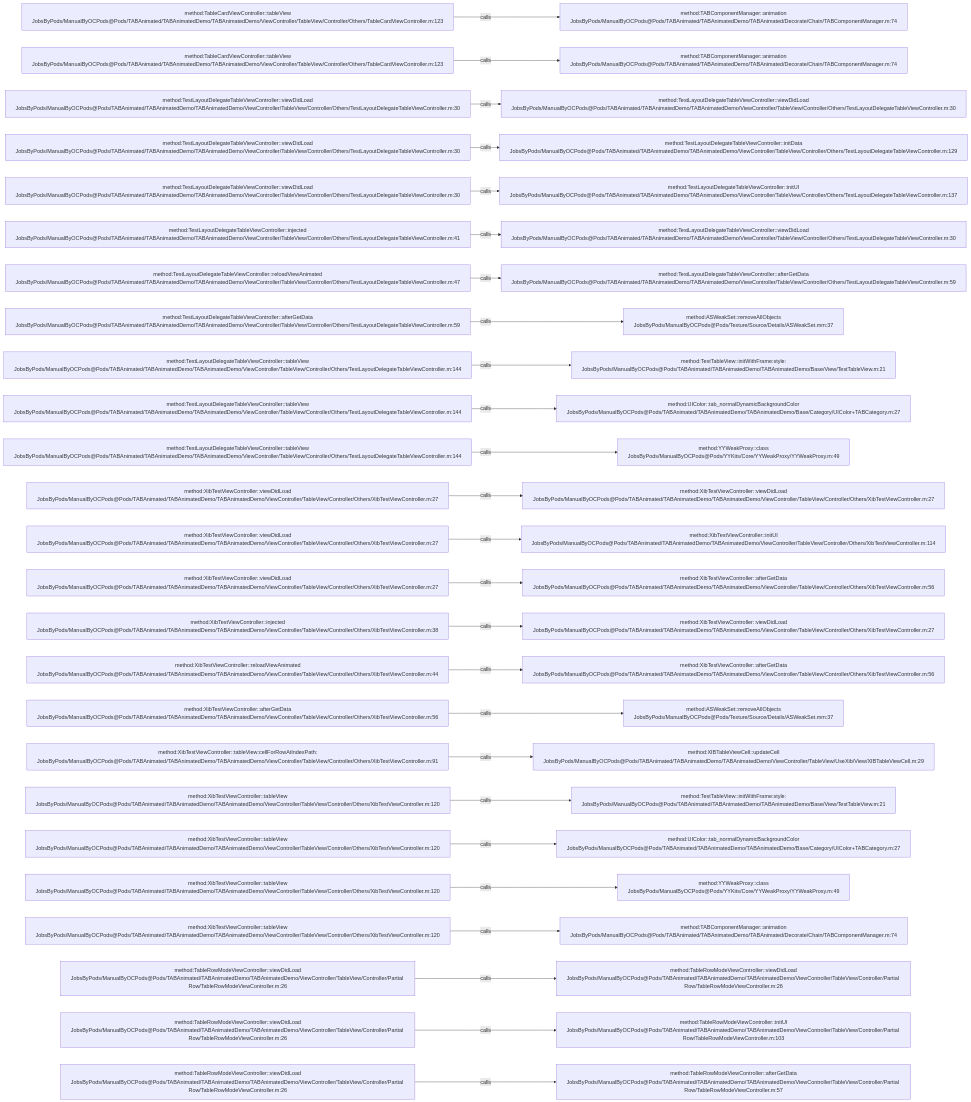
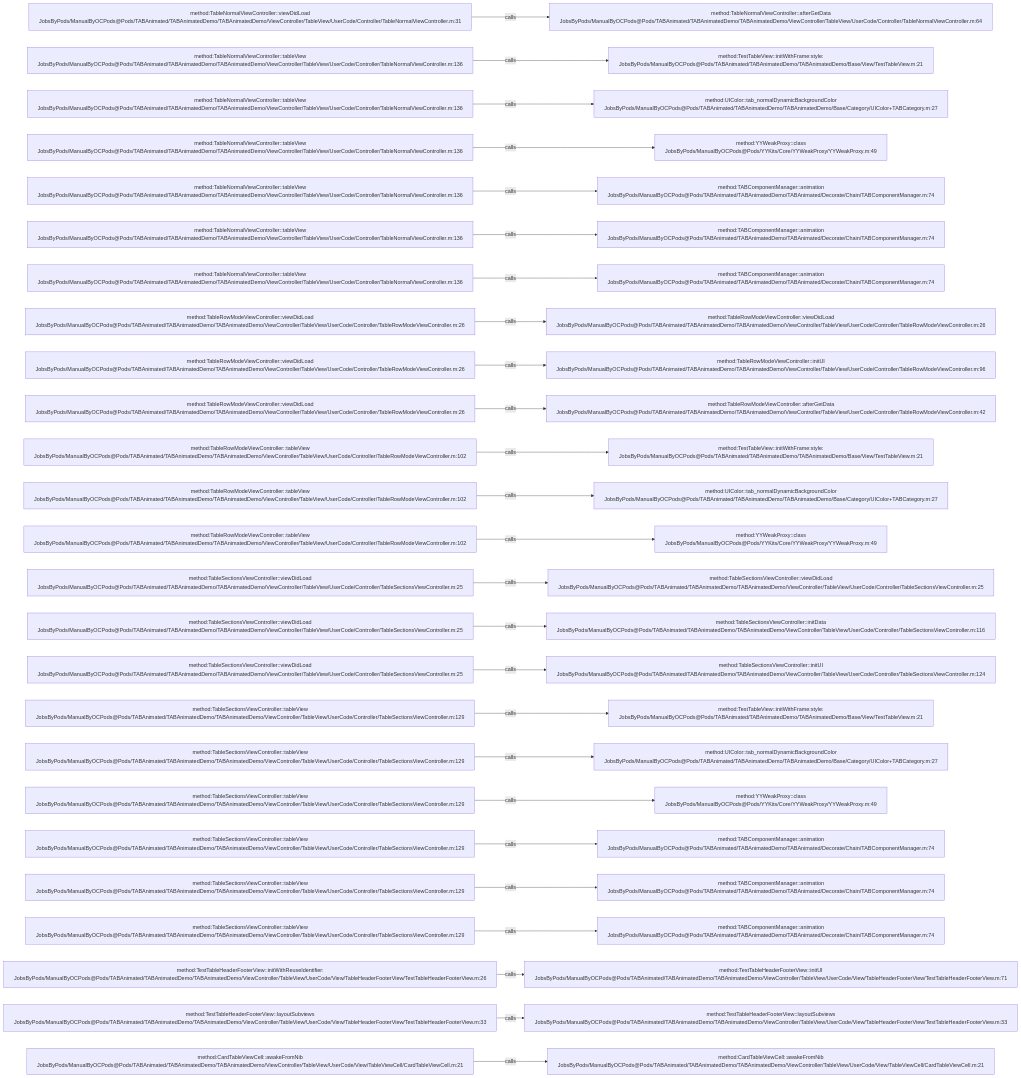
The diagram in .codegraph/codegraph.md/graphs/calls-067.md (JobsKits/JobsOCBaseConfigDemo), drawn with Mermaid before and after one commit. The commit also changed 1223 other files, not shown here.

````diff
--- a/.codegraph/codegraph.md/graphs/calls-067.md
+++ b/.codegraph/codegraph.md/graphs/calls-067.md
@@ -13,78 +13,78 @@
 ```mermaid
 flowchart LR
-  S1["method:TableCardViewController::tableView<br/>JobsByPods/ManualByOCPods@Pods/TABAnimated/TABAnimatedDemo/TABAnimatedDemo/ViewController/TableView/Controller/Others/TableCardViewController.m:123"]
-  T1["method:TABComponentManager::animation<br/>JobsByPods/ManualByOCPods@Pods/TABAnimated/TABAnimatedDemo/TABAnimated/Decorate/Chain/TABComponentManager.m:74"]
+  S1["method:TableNormalViewController::viewDidLoad<br/>JobsByPods/ManualByOCPods@Pods/TABAnimated/TABAnimatedDemo/TABAnimatedDemo/ViewController/TableView/UserCode/Controller/TableNormalViewController.m:31"]
+  T1["method:TableNormalViewController::afterGetData<br/>JobsByPods/ManualByOCPods@Pods/TABAnimated/TABAnimatedDemo/TABAnimatedDemo/ViewController/TableView/UserCode/Controller/TableNormalViewController.m:64"]
   S1 -->|calls| T1
-  S2["method:TableCardViewController::tableView<br/>JobsByPods/ManualByOCPods@Pods/TABAnimated/TABAnimatedDemo/TABAnimatedDemo/ViewController/TableView/Controller/Others/TableCardViewController.m:123"]
-  T2["method:TABComponentManager::animation<br/>JobsByPods/ManualByOCPods@Pods/TABAnimated/TABAnimatedDemo/TABAnimated/Decorate/Chain/TABComponentManager.m:74"]
+  S2["method:TableNormalViewController::tableView<br/>JobsByPods/ManualByOCPods@Pods/TABAnimated/TABAnimatedDemo/TABAnimatedDemo/ViewController/TableView/UserCode/Controller/TableNormalViewController.m:136"]
+  T2["method:TestTableView::initWithFrame:style:<br/>JobsByPods/ManualByOCPods@Pods/TABAnimated/TABAnimatedDemo/TABAnimatedDemo/Base/View/TestTableView.m:21"]
   S2 -->|calls| T2
-  S3["method:TestLayoutDelegateTableViewController::viewDidLoad<br/>JobsByPods/ManualByOCPods@Pods/TABAnimated/TABAnimatedDemo/TABAnimatedDemo/ViewController/TableView/Controller/Others/TestLayoutDelegateTableViewController.m:30"]
-  T3["method:TestLayoutDelegateTableViewController::viewDidLoad<br/>JobsByPods/ManualByOCPods@Pods/TABAnimated/TABAnimatedDemo/TABAnimatedDemo/ViewController/TableView/Controller/Others/TestLayoutDelegateTableViewController.m:30"]
+  S3["method:TableNormalViewController::tableView<br/>JobsByPods/ManualByOCPods@Pods/TABAnimated/TABAnimatedDemo/TABAnimatedDemo/ViewController/TableView/UserCode/Controller/TableNormalViewController.m:136"]
+  T3["method:UIColor::tab_normalDynamicBackgroundColor<br/>JobsByPods/ManualByOCPods@Pods/TABAnimated/TABAnimatedDemo/TABAnimatedDemo/Base/Category/UIColor+TABCategory.m:27"]
   S3 -->|calls| T3
-  S4["method:TestLayoutDelegateTableViewController::viewDidLoad<br/>JobsByPods/ManualByOCPods@Pods/TABAnimated/TABAnimatedDemo/TABAnimatedDemo/ViewController/TableView/Controller/Others/TestLayoutDelegateTableViewController.m:30"]
-  T4["method:TestLayoutDelegateTableViewController::initData<br/>JobsByPods/ManualByOCPods@Pods/TABAnimated/TABAnimatedDemo/TABAnimatedDemo/ViewController/TableView/Controller/Others/TestLayoutDelegateTableViewController.m:129"]
+  S4["method:TableNormalViewController::tableView<br/>JobsByPods/ManualByOCPods@Pods/TABAnimated/TABAnimatedDemo/TABAnimatedDemo/ViewController/TableView/UserCode/Controller/TableNormalViewController.m:136"]
+  T4["method:YYWeakProxy::class<br/>JobsByPods/ManualByOCPods@Pods/YYKits/Core/YYWeakProxy/YYWeakProxy.m:49"]
   S4 -->|calls| T4
-  S5["method:TestLayoutDelegateTableViewController::viewDidLoad<br/>JobsByPods/ManualByOCPods@Pods/TABAnimated/TABAnimatedDemo/TABAnimatedDemo/ViewController/TableView/Controller/Others/TestLayoutDelegateTableViewController.m:30"]
-  T5["method:TestLayoutDelegateTableViewController::initUI<br/>JobsByPods/ManualByOCPods@Pods/TABAnimated/TABAnimatedDemo/TABAnimatedDemo/ViewController/TableView/Controller/Others/TestLayoutDelegateTableViewController.m:137"]
+  S5["method:TableNormalViewController::tableView<br/>JobsByPods/ManualByOCPods@Pods/TABAnimated/TABAnimatedDemo/TABAnimatedDemo/ViewController/TableView/UserCode/Controller/TableNormalViewController.m:136"]
+  T5["method:TABComponentManager::animation<br/>JobsByPods/ManualByOCPods@Pods/TABAnimated/TABAnimatedDemo/TABAnimated/Decorate/Chain/TABComponentManager.m:74"]
   S5 -->|calls| T5
-  S6["method:TestLayoutDelegateTableViewController::injected<br/>JobsByPods/ManualByOCPods@Pods/TABAnimated/TABAnimatedDemo/TABAnimatedDemo/ViewController/TableView/Controller/Others/TestLayoutDelegateTableViewController.m:41"]
-  T6["method:TestLayoutDelegateTableViewController::viewDidLoad<br/>JobsByPods/ManualByOCPods@Pods/TABAnimated/TABAnimatedDemo/TABAnimatedDemo/ViewController/TableView/Controller/Others/TestLayoutDelegateTableViewController.m:30"]
+  S6["method:TableNormalViewController::tableView<br/>JobsByPods/ManualByOCPods@Pods/TABAnimated/TABAnimatedDemo/TABAnimatedDemo/ViewController/TableView/UserCode/Controller/TableNormalViewController.m:136"]
+  T6["method:TABComponentManager::animation<br/>JobsByPods/ManualByOCPods@Pods/TABAnimated/TABAnimatedDemo/TABAnimated/Decorate/Chain/TABComponentManager.m:74"]
   S6 -->|calls| T6
-  S7["method:TestLayoutDelegateTableViewController::reloadViewAnimated<br/>JobsByPods/ManualByOCPods@Pods/TABAnimated/TABAnimatedDemo/TABAnimatedDemo/ViewController/TableView/Controller/Others/TestLayoutDelegateTableViewController.m:47"]
-  T7["method:TestLayoutDelegateTableViewController::afterGetData<br/>JobsByPods/ManualByOCPods@Pods/TABAnimated/TABAnimatedDemo/TABAnimatedDemo/ViewController/TableView/Controller/Others/TestLayoutDelegateTableViewController.m:59"]
+  S7["method:TableNormalViewController::tableView<br/>JobsByPods/ManualByOCPods@Pods/TABAnimated/TABAnimatedDemo/TABAnimatedDemo/ViewController/TableView/UserCode/Controller/TableNormalViewController.m:136"]
+  T7["method:TABComponentManager::animation<br/>JobsByPods/ManualByOCPods@Pods/TABAnimated/TABAnimatedDemo/TABAnimated/Decorate/Chain/TABComponentManager.m:74"]
   S7 -->|calls| T7
-  S8["method:TestLayoutDelegateTableViewController::afterGetData<br/>JobsByPods/ManualByOCPods@Pods/TABAnimated/TABAnimatedDemo/TABAnimatedDemo/ViewController/TableView/Controller/Others/TestLayoutDelegateTableViewController.m:59"]
-  T8["method:ASWeakSet::removeAllObjects<br/>JobsByPods/ManualByOCPods@Pods/Texture/Source/Details/ASWeakSet.mm:37"]
+  S8["method:TableRowModeViewController::viewDidLoad<br/>JobsByPods/ManualByOCPods@Pods/TABAnimated/TABAnimatedDemo/TABAnimatedDemo/ViewController/TableView/UserCode/Controller/TableRowModeViewController.m:26"]
+  T8["method:TableRowModeViewController::viewDidLoad<br/>JobsByPods/ManualByOCPods@Pods/TABAnimated/TABAnimatedDemo/TABAnimatedDemo/ViewController/TableView/UserCode/Controller/TableRowModeViewController.m:26"]
   S8 -->|calls| T8
-  S9["method:TestLayoutDelegateTableViewController::tableView<br/>JobsByPods/ManualByOCPods@Pods/TABAnimated/TABAnimatedDemo/TABAnimatedDemo/ViewController/TableView/Controller/Others/TestLayoutDelegateTableViewController.m:144"]
-  T9["method:TestTableView::initWithFrame:style:<br/>JobsByPods/ManualByOCPods@Pods/TABAnimated/TABAnimatedDemo/TABAnimatedDemo/Base/View/TestTableView.m:21"]
+  S9["method:TableRowModeViewController::viewDidLoad<br/>JobsByPods/ManualByOCPods@Pods/TABAnimated/TABAnimatedDemo/TABAnimatedDemo/ViewController/TableView/UserCode/Controller/TableRowModeViewController.m:26"]
+  T9["method:TableRowModeViewController::initUI<br/>JobsByPods/ManualByOCPods@Pods/TABAnimated/TABAnimatedDemo/TABAnimatedDemo/ViewController/TableView/UserCode/Controller/TableRowModeViewController.m:96"]
   S9 -->|calls| T9
-  S10["method:TestLayoutDelegateTableViewController::tableView<br/>JobsByPods/ManualByOCPods@Pods/TABAnimated/TABAnimatedDemo/TABAnimatedDemo/ViewController/TableView/Controller/Others/TestLayoutDelegateTableViewController.m:144"]
-  T10["method:UIColor::tab_normalDynamicBackgroundColor<br/>JobsByPods/ManualByOCPods@Pods/TABAnimated/TABAnimatedDemo/TABAnimatedDemo/Base/Category/UIColor+TABCategory.m:27"]
+  S10["method:TableRowModeViewController::viewDidLoad<br/>JobsByPods/ManualByOCPods@Pods/TABAnimated/TABAnimatedDemo/TABAnimatedDemo/ViewController/TableView/UserCode/Controller/TableRowModeViewController.m:26"]
+  T10["method:TableRowModeViewController::afterGetData<br/>JobsByPods/ManualByOCPods@Pods/TABAnimated/TABAnimatedDemo/TABAnimatedDemo/ViewController/TableView/UserCode/Controller/TableRowModeViewController.m:42"]
   S10 -->|calls| T10
-  S11["method:TestLayoutDelegateTableViewController::tableView<br/>JobsByPods/ManualByOCPods@Pods/TABAnimated/TABAnimatedDemo/TABAnimatedDemo/ViewController/TableView/Controller/Others/TestLayoutDelegateTableViewController.m:144"]
-  T11["method:YYWeakProxy::class<br/>JobsByPods/ManualByOCPods@Pods/YYKits/Core/YYWeakProxy/YYWeakProxy.m:49"]
+  S11["method:TableRowModeViewController::tableView<br/>JobsByPods/ManualByOCPods@Pods/TABAnimated/TABAnimatedDemo/TABAnimatedDemo/ViewController/TableView/UserCode/Controller/TableRowModeViewController.m:102"]
+  T11["method:TestTableView::initWithFrame:style:<br/>JobsByPods/ManualByOCPods@Pods/TABAnimated/TABAnimatedDemo/TABAnimatedDemo/Base/View/TestTableView.m:21"]
   S11 -->|calls| T11
-  S12["method:XibTestViewController::viewDidLoad<br/>JobsByPods/ManualByOCPods@Pods/TABAnimated/TABAnimatedDemo/TABAnimatedDemo/ViewController/TableView/Controller/Others/XibTestViewController.m:27"]
-  T12["method:XibTestViewController::viewDidLoad<br/>JobsByPods/ManualByOCPods@Pods/TABAnimated/TABAnimatedDemo/TABAnimatedDemo/ViewController/TableView/Controller/Others/XibTestViewController.m:27"]
+  S12["method:TableRowModeViewController::tableView<br/>JobsByPods/ManualByOCPods@Pods/TABAnimated/TABAnimatedDemo/TABAnimatedDemo/ViewController/TableView/UserCode/Controller/TableRowModeViewController.m:102"]
+  T12["method:UIColor::tab_normalDynamicBackgroundColor<br/>JobsByPods/ManualByOCPods@Pods/TABAnimated/TABAnimatedDemo/TABAnimatedDemo/Base/Category/UIColor+TABCategory.m:27"]
   S12 -->|calls| T12
-  S13["method:XibTestViewController::viewDidLoad<br/>JobsByPods/ManualByOCPods@Pods/TABAnimated/TABAnimatedDemo/TABAnimatedDemo/ViewController/TableView/Controller/Others/XibTestViewController.m:27"]
-  T13["method:XibTestViewController::initUI<br/>JobsByPods/ManualByOCPods@Pods/TABAnimated/TABAnimatedDemo/TABAnimatedDemo/ViewController/TableView/Controller/Others/XibTestViewController.m:114"]
+  S13["method:TableRowModeViewController::tableView<br/>JobsByPods/ManualByOCPods@Pods/TABAnimated/TABAnimatedDemo/TABAnimatedDemo/ViewController/TableView/UserCode/Controller/TableRowModeViewController.m:102"]
+  T13["method:YYWeakProxy::class<br/>JobsByPods/ManualByOCPods@Pods/YYKits/Core/YYWeakProxy/YYWeakProxy.m:49"]
   S13 -->|calls| T13
-  S14["method:XibTestViewController::viewDidLoad<br/>JobsByPods/ManualByOCPods@Pods/TABAnimated/TABAnimatedDemo/TABAnimatedDemo/ViewController/TableView/Controller/Others/XibTestViewController.m:27"]
-  T14["method:XibTestViewController::afterGetData<br/>JobsByPods/ManualByOCPods@Pods/TABAnimated/TABAnimatedDemo/TABAnimatedDemo/ViewController/TableView/Controller/Others/XibTestViewController.m:56"]
+  S14["method:TableSectionsViewController::viewDidLoad<br/>JobsByPods/ManualByOCPods@Pods/TABAnimated/TABAnimatedDemo/TABAnimatedDemo/ViewController/TableView/UserCode/Controller/TableSectionsViewController.m:25"]
+  T14["method:TableSectionsViewController::viewDidLoad<br/>JobsByPods/ManualByOCPods@Pods/TABAnimated/TABAnimatedDemo/TABAnimatedDemo/ViewController/TableView/UserCode/Controller/TableSectionsViewController.m:25"]
   S14 -->|calls| T14
-  S15["method:XibTestViewController::injected<br/>JobsByPods/ManualByOCPods@Pods/TABAnimated/TABAnimatedDemo/TABAnimatedDemo/ViewController/TableView/Controller/Others/XibTestViewController.m:38"]
-  T15["method:XibTestViewController::viewDidLoad<br/>JobsByPods/ManualByOCPods@Pods/TABAnimated/TABAnimatedDemo/TABAnimatedDemo/ViewController/TableView/Controller/Others/XibTestViewController.m:27"]
+  S15["method:TableSectionsViewController::viewDidLoad<br/>JobsByPods/ManualByOCPods@Pods/TABAnimated/TABAnimatedDemo/TABAnimatedDemo/ViewController/TableView/UserCode/Controller/TableSectionsViewController.m:25"]
+  T15["method:TableSectionsViewController::initData<br/>JobsByPods/ManualByOCPods@Pods/TABAnimated/TABAnimatedDemo/TABAnimatedDemo/ViewController/TableView/UserCode/Controller/TableSectionsViewController.m:116"]
   S15 -->|calls| T15
-  S16["method:XibTestViewController::reloadViewAnimated<br/>JobsByPods/ManualByOCPods@Pods/TABAnimated/TABAnimatedDemo/TABAnimatedDemo/ViewController/TableView/Controller/Others/XibTestViewController.m:44"]
-  T16["method:XibTestViewController::afterGetData<br/>JobsByPods/ManualByOCPods@Pods/TABAnimated/TABAnimatedDemo/TABAnimatedDemo/ViewController/TableView/Controller/Others/XibTestViewController.m:56"]
+  S16["method:TableSectionsViewController::viewDidLoad<br/>JobsByPods/ManualByOCPods@Pods/TABAnimated/TABAnimatedDemo/TABAnimatedDemo/ViewController/TableView/UserCode/Controller/TableSectionsViewController.m:25"]
+  T16["method:TableSectionsViewController::initUI<br/>JobsByPods/ManualByOCPods@Pods/TABAnimated/TABAnimatedDemo/TABAnimatedDemo/ViewController/TableView/UserCode/Controller/TableSectionsViewController.m:124"]
   S16 -->|calls| T16
-  S17["method:XibTestViewController::afterGetData<br/>JobsByPods/ManualByOCPods@Pods/TABAnimated/TABAnimatedDemo/TABAnimatedDemo/ViewController/TableView/Controller/Others/XibTestViewController.m:56"]
-  T17["method:ASWeakSet::removeAllObjects<br/>JobsByPods/ManualByOCPods@Pods/Texture/Source/Details/ASWeakSet.mm:37"]
+  S17["method:TableSectionsViewController::tableView<br/>JobsByPods/ManualByOCPods@Pods/TABAnimated/TABAnimatedDemo/TABAnimatedDemo/ViewController/TableView/UserCode/Controller/TableSectionsViewController.m:129"]
+  T17["method:TestTableView::initWithFrame:style:<br/>JobsByPods/ManualByOCPods@Pods/TABAnimated/TABAnimatedDemo/TABAnimatedDemo/Base/View/TestTableView.m:21"]
   S17 -->|calls| T17
-  S18["method:XibTestViewController::tableView:cellForRowAtIndexPath:<br/>JobsByPods/ManualByOCPods@Pods/TABAnimated/TABAnimatedDemo/TABAnimatedDemo/ViewController/TableView/Controller/Others/XibTestViewController.m:91"]
-  T18["method:XIBTableViewCell::updateCell<br/>JobsByPods/ManualByOCPods@Pods/TABAnimated/TABAnimatedDemo/TABAnimatedDemo/ViewController/TableView/UseXib/View/XIBTableViewCell.m:29"]
+  S18["method:TableSectionsViewController::tableView<br/>JobsByPods/ManualByOCPods@Pods/TABAnimated/TABAnimatedDemo/TABAnimatedDemo/ViewController/TableView/UserCode/Controller/TableSectionsViewController.m:129"]
+  T18["method:UIColor::tab_normalDynamicBackgroundColor<br/>JobsByPods/ManualByOCPods@Pods/TABAnimated/TABAnimatedDemo/TABAnimatedDemo/Base/Category/UIColor+TABCategory.m:27"]
   S18 -->|calls| T18
-  S19["method:XibTestViewController::tableView<br/>JobsByPods/ManualByOCPods@Pods/TABAnimated/TABAnimatedDemo/TABAnimatedDemo/ViewController/TableView/Controller/Others/XibTestViewController.m:120"]
-  T19["method:TestTableView::initWithFrame:style:<br/>JobsByPods/ManualByOCPods@Pods/TABAnimated/TABAnimatedDemo/TABAnimatedDemo/Base/View/TestTableView.m:21"]
+  S19["method:TableSectionsViewController::tableView<br/>JobsByPods/ManualByOCPods@Pods/TABAnimated/TABAnimatedDemo/TABAnimatedDemo/ViewController/TableView/UserCode/Controller/TableSectionsViewController.m:129"]
+  T19["method:YYWeakProxy::class<br/>JobsByPods/ManualByOCPods@Pods/YYKits/Core/YYWeakProxy/YYWeakProxy.m:49"]
   S19 -->|calls| T19
-  S20["method:XibTestViewController::tableView<br/>JobsByPods/ManualByOCPods@Pods/TABAnimated/TABAnimatedDemo/TABAnimatedDemo/ViewController/TableView/Controller/Others/XibTestViewController.m:120"]
-  T20["method:UIColor::tab_normalDynamicBackgroundColor<br/>JobsByPods/ManualByOCPods@Pods/TABAnimated/TABAnimatedDemo/TABAnimatedDemo/Base/Category/UIColor+TABCategory.m:27"]
+  S20["method:TableSectionsViewController::tableView<br/>JobsByPods/ManualByOCPods@Pods/TABAnimated/TABAnimatedDemo/TABAnimatedDemo/ViewController/TableView/UserCode/Controller/TableSectionsViewController.m:129"]
+  T20["method:TABComponentManager::animation<br/>JobsByPods/ManualByOCPods@Pods/TABAnimated/TABAnimatedDemo/TABAnimated/Decorate/Chain/TABComponentManager.m:74"]
   S20 -->|calls| T20
-  S21["method:XibTestViewController::tableView<br/>JobsByPods/ManualByOCPods@Pods/TABAnimated/TABAnimatedDemo/TABAnimatedDemo/ViewController/TableView/Controller/Others/XibTestViewController.m:120"]
-  T21["method:YYWeakProxy::class<br/>JobsByPods/ManualByOCPods@Pods/YYKits/Core/YYWeakProxy/YYWeakProxy.m:49"]
+  S21["method:TableSectionsViewController::tableView<br/>JobsByPods/ManualByOCPods@Pods/TABAnimated/TABAnimatedDemo/TABAnimatedDemo/ViewController/TableView/UserCode/Controller/TableSectionsViewController.m:129"]
+  T21["method:TABComponentManager::animation<br/>JobsByPods/ManualByOCPods@Pods/TABAnimated/TABAnimatedDemo/TABAnimated/Decorate/Chain/TABComponentManager.m:74"]
   S21 -->|calls| T21
-  S22["method:XibTestViewController::tableView<br/>JobsByPods/ManualByOCPods@Pods/TABAnimated/TABAnimatedDemo/TABAnimatedDemo/ViewController/TableView/Controller/Others/XibTestViewController.m:120"]
+  S22["method:TableSectionsViewController::tableView<br/>JobsByPods/ManualByOCPods@Pods/TABAnimated/TABAnimatedDemo/TABAnimatedDemo/ViewController/TableView/UserCode/Controller/TableSectionsViewController.m:129"]
   T22["method:TABComponentManager::animation<br/>JobsByPods/ManualByOCPods@Pods/TABAnimated/TABAnimatedDemo/TABAnimated/Decorate/Chain/TABComponentManager.m:74"]
   S22 -->|calls| T22
-  S23["method:TableRowModeViewController::viewDidLoad<br/>JobsByPods/ManualByOCPods@Pods/TABAnimated/TABAnimatedDemo/TABAnimatedDemo/ViewController/TableView/Controller/Partial Row/TableRowModeViewController.m:26"]
-  T23["method:TableRowModeViewController::viewDidLoad<br/>JobsByPods/ManualByOCPods@Pods/TABAnimated/TABAnimatedDemo/TABAnimatedDemo/ViewController/TableView/Controller/Partial Row/TableRowModeViewController.m:26"]
+  S23["method:TestTableHeaderFooterView::initWithReuseIdentifier:<br/>JobsByPods/ManualByOCPods@Pods/TABAnimated/TABAnimatedDemo/TABAnimatedDemo/ViewController/TableView/UserCode/View/TableHeaderFooterView/TestTableHeaderFooterView.m:26"]
+  T23["method:TestTableHeaderFooterView::initUI<br/>JobsByPods/ManualByOCPods@Pods/TABAnimated/TABAnimatedDemo/TABAnimatedDemo/ViewController/TableView/UserCode/View/TableHeaderFooterView/TestTableHeaderFooterView.m:71"]
   S23 -->|calls| T23
-  S24["method:TableRowModeViewController::viewDidLoad<br/>JobsByPods/ManualByOCPods@Pods/TABAnimated/TABAnimatedDemo/TABAnimatedDemo/ViewController/TableView/Controller/Partial Row/TableRowModeViewController.m:26"]
-  T24["method:TableRowModeViewController::initUI<br/>JobsByPods/ManualByOCPods@Pods/TABAnimated/TABAnimatedDemo/TABAnimatedDemo/ViewController/TableView/Controller/Partial Row/TableRowModeViewController.m:103"]
+  S24["method:TestTableHeaderFooterView::layoutSubviews<br/>JobsByPods/ManualByOCPods@Pods/TABAnimated/TABAnimatedDemo/TABAnimatedDemo/ViewController/TableView/UserCode/View/TableHeaderFooterView/TestTableHeaderFooterView.m:33"]
+  T24["method:TestTableHeaderFooterView::layoutSubviews<br/>JobsByPods/ManualByOCPods@Pods/TABAnimated/TABAnimatedDemo/TABAnimatedDemo/ViewController/TableView/UserCode/View/TableHeaderFooterView/TestTableHeaderFooterView.m:33"]
   S24 -->|calls| T24
-  S25["method:TableRowModeViewController::viewDidLoad<br/>JobsByPods/ManualByOCPods@Pods/TABAnimated/TABAnimatedDemo/TABAnimatedDemo/ViewController/TableView/Controller/Partial Row/TableRowModeViewController.m:26"]
-  T25["method:TableRowModeViewController::afterGetData<br/>JobsByPods/ManualByOCPods@Pods/TABAnimated/TABAnimatedDemo/TABAnimatedDemo/ViewController/TableView/Controller/Partial Row/TableRowModeViewController.m:57"]
+  S25["method:CardTableViewCell::awakeFromNib<br/>JobsByPods/ManualByOCPods@Pods/TABAnimated/TABAnimatedDemo/TABAnimatedDemo/ViewController/TableView/UserCode/View/TableViewCell/CardTableViewCell.m:21"]
+  T25["method:CardTableViewCell::awakeFromNib<br/>JobsByPods/ManualByOCPods@Pods/TABAnimated/TABAnimatedDemo/TABAnimatedDemo/ViewController/TableView/UserCode/View/TableViewCell/CardTableViewCell.m:21"]
   S25 -->|calls| T25
 ```
````
